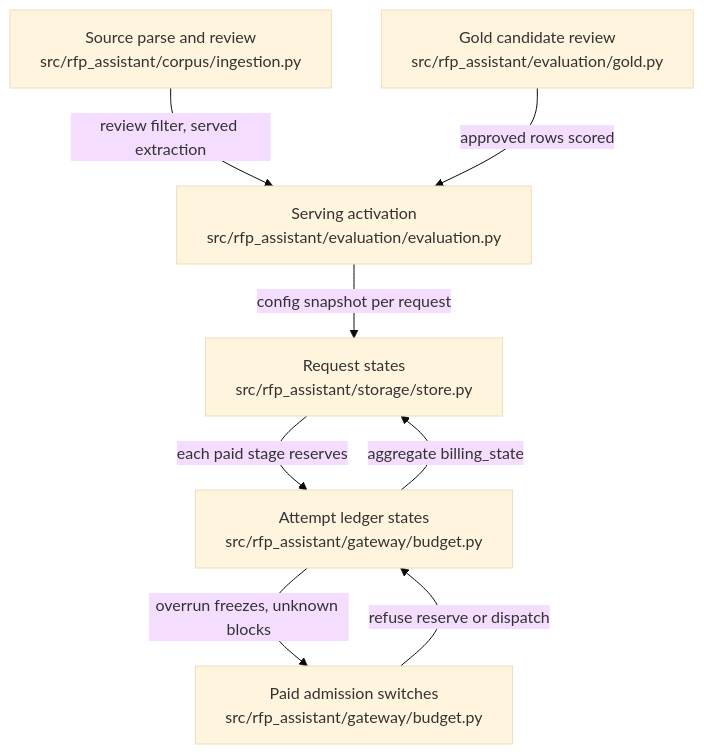
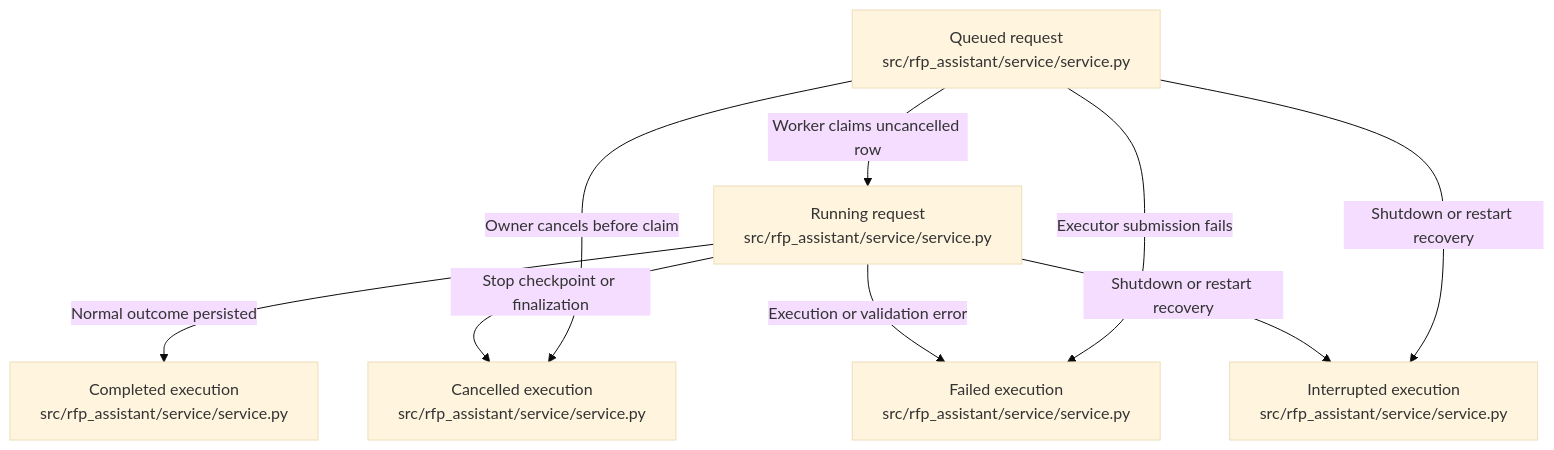
One commit to littleeeeebit/project-codeit-mid changed the diagram in .omm/state-transitions/diagram.mmd. Above: the diagram before and after it, drawn with Mermaid (base theme). The commit also changed 460 other files, not shown here.

```diff
--- a/.omm/state-transitions/diagram.mmd
+++ b/.omm/state-transitions/diagram.mmd
@@ -1,14 +1,9 @@
 graph TD
-  request-states["Request states\nsrc/rfp_assistant/storage/store.py"]
-  attempt-states["Attempt ledger states\nsrc/rfp_assistant/gateway/budget.py"]
-  admission-switches["Paid admission switches\nsrc/rfp_assistant/gateway/budget.py"]
-  source-states["Source parse and review\nsrc/rfp_assistant/corpus/ingestion.py"]
-  gold-candidate-states["Gold candidate review\nsrc/rfp_assistant/evaluation/gold.py"]
-  serving-activation["Serving activation\nsrc/rfp_assistant/evaluation/evaluation.py"]
-  request-states -->|"each paid stage reserves"| attempt-states
-  attempt-states -->|"aggregate billing_state"| request-states
-  admission-switches -->|"refuse reserve or dispatch"| attempt-states
-  attempt-states -->|"overrun freezes, unknown blocks"| admission-switches
-  source-states -->|"review filter, served extraction"| serving-activation
-  gold-candidate-states -->|"approved rows scored"| serving-activation
-  serving-activation -->|"config snapshot per request"| request-states
+queued["Queued request\nsrc/rfp_assistant/service/service.py"] -->|Worker claims uncancelled row| running["Running request\nsrc/rfp_assistant/service/service.py"]
+queued -->|Owner cancels before claim| cancelled["Cancelled execution\nsrc/rfp_assistant/service/service.py"]
+queued -->|Shutdown or restart recovery| interrupted["Interrupted execution\nsrc/rfp_assistant/service/service.py"]
+queued -->|Executor submission fails| failed["Failed execution\nsrc/rfp_assistant/service/service.py"]
+running -->|Normal outcome persisted| completed["Completed execution\nsrc/rfp_assistant/service/service.py"]
+running -->|Execution or validation error| failed
+running -->|Stop checkpoint or finalization| cancelled
+running -->|Shutdown or restart recovery| interrupted
```
